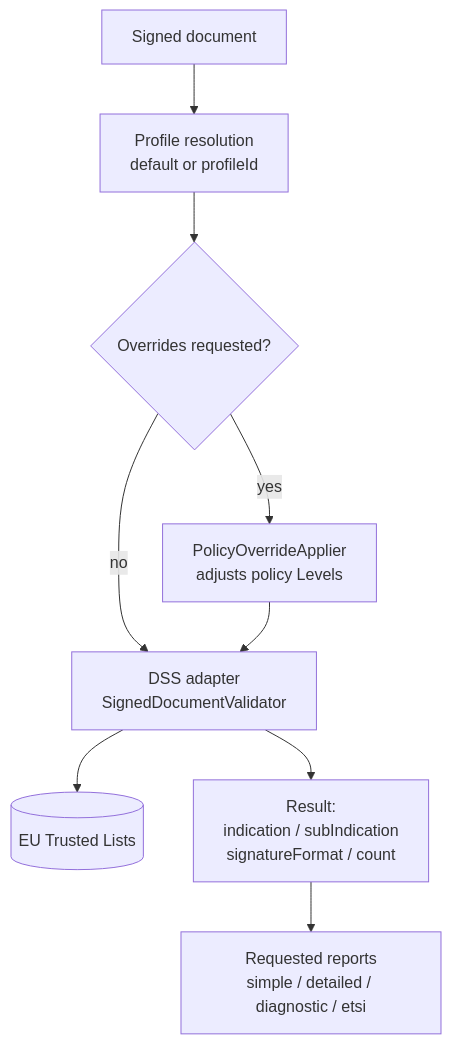
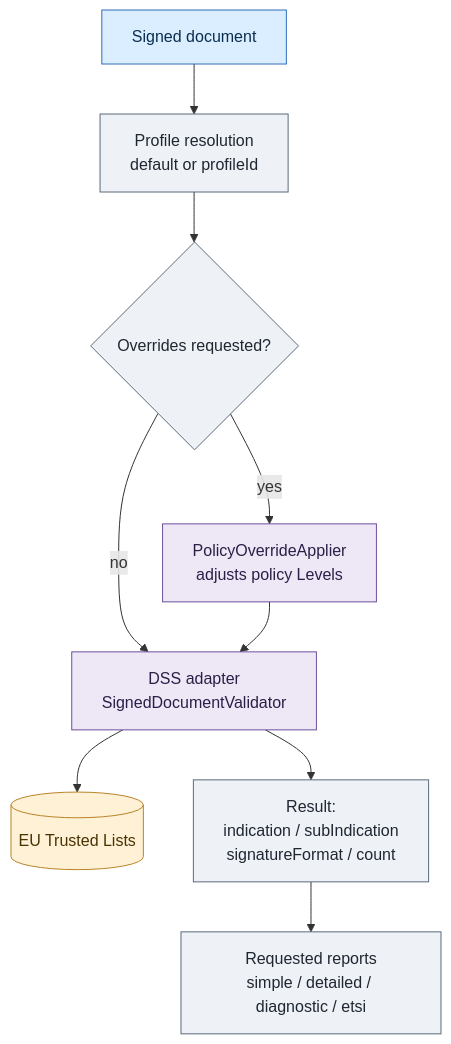
Before and after one commit to toresoft/sign-verify: the first of 4 diagrams in docs/en/05-signature-verification.md, drawn with Mermaid. The commit also changed other lines of this file and 23 other files, not shown here.

First line of the commit message:
docs: expand EN/IT guides with glossary and component-map diagram

````diff
--- a/docs/en/05-signature-verification.md
+++ b/docs/en/05-signature-verification.md
@@ -20,11 +20,20 @@
 ```mermaid
 flowchart TD
     F[Signed document] --> P[Profile resolution\ndefault or profileId]
     P --> O{Overrides requested?}
     O -- yes --> AP[PolicyOverrideApplier\nadjusts policy Levels]
     O -- no --> DSS
     AP --> DSS[DSS adapter\nSignedDocumentValidator]
     DSS --> TSL[(EU Trusted Lists)]
     DSS --> R[Result:\nindication / subIndication\nsignatureFormat / count]
     R --> REP[Requested reports\nsimple / detailed / diagnostic / etsi]
+
+    classDef input fill:#dbeeff,stroke:#2f6fbb,color:#0b2e4f
+    classDef app fill:#eef1f5,stroke:#5b6b7c,color:#1f2733
+    classDef adapter fill:#ede7f6,stroke:#6c4f9c,color:#2c1f47
+    classDef external fill:#fff1d6,stroke:#b9842a,color:#4a3203
+    class F input
+    class P,O,R,REP app
+    class AP,DSS adapter
+    class TSL external
 ```
````
